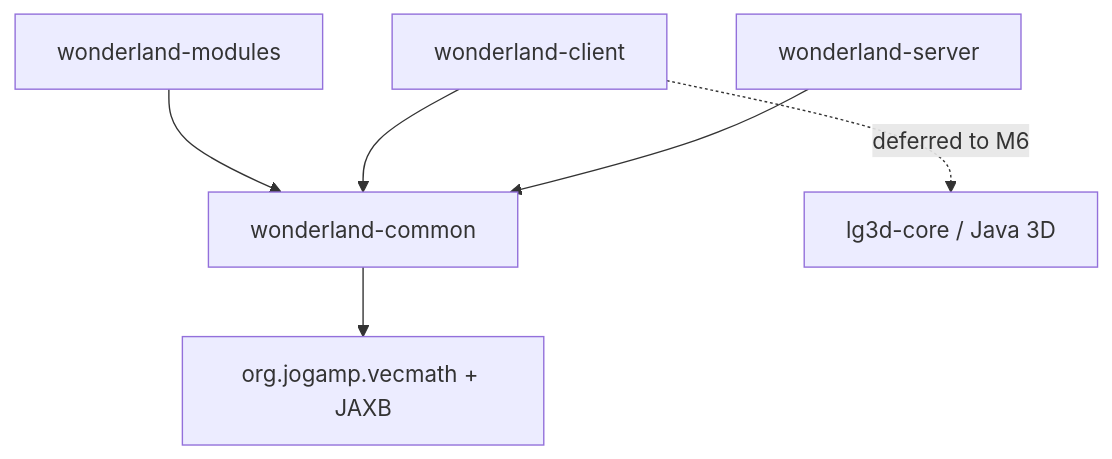
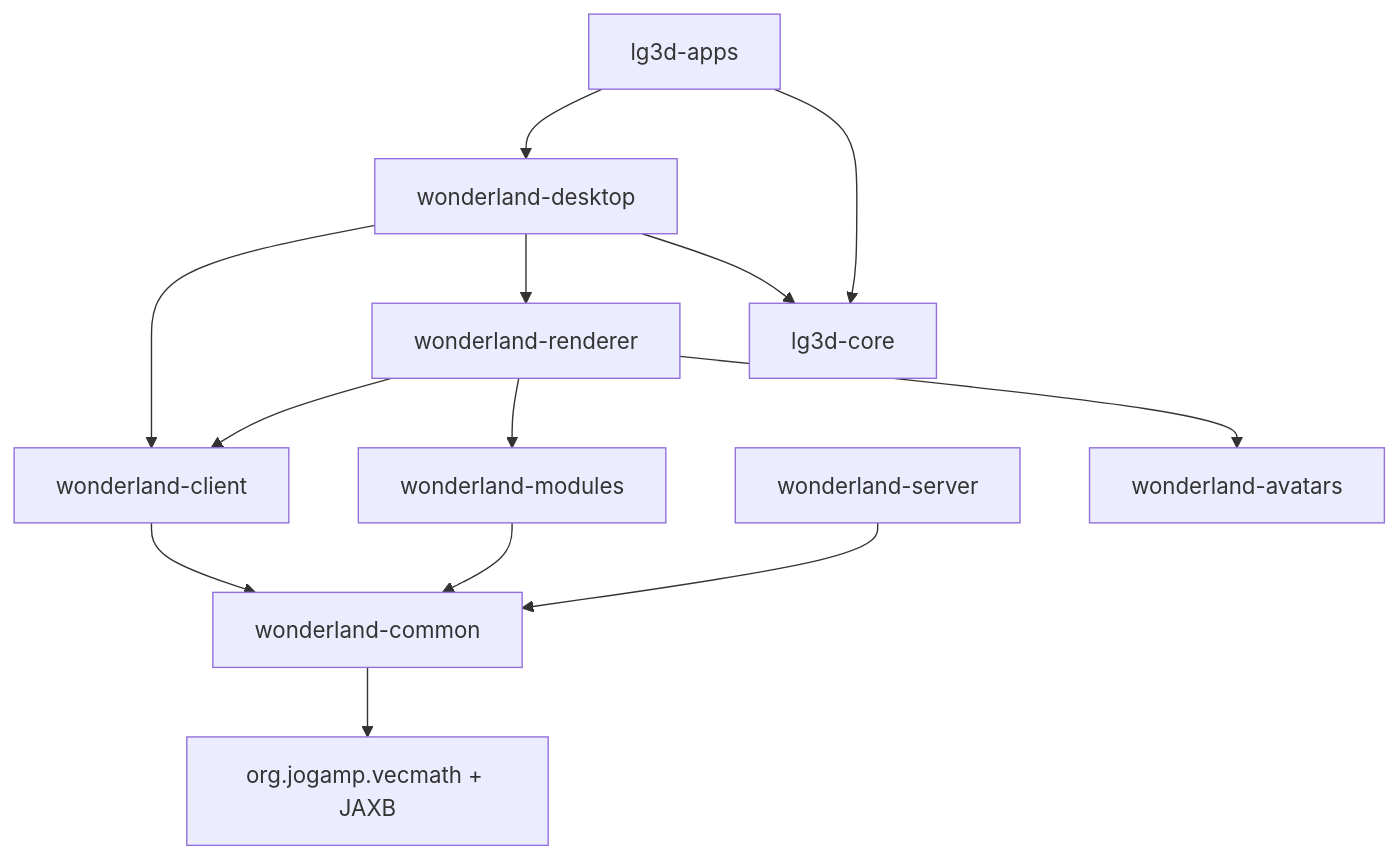
One commit to landrevillejf/ProjectLookingGlass changed the diagram in documentation/wonderland/docs/ARCHITECTURE.md. Above: the diagram before and after it, drawn with Mermaid. The commit also changed other lines of this file and 41 other files, not shown here.

````diff
--- a/documentation/wonderland/docs/ARCHITECTURE.md
+++ b/documentation/wonderland/docs/ARCHITECTURE.md
@@ -30,8 +33,15 @@
 ```mermaid
 graph TD
     modules[wonderland-modules] --> common[wonderland-common]
     client[wonderland-client] --> common
     server[wonderland-server] --> common
+    renderer[wonderland-renderer] --> client
+    renderer --> modules
+    renderer --> avatars[wonderland-avatars]
+    desktop[wonderland-desktop] --> client
+    desktop --> renderer
+    desktop --> core[lg3d-core]
+    apps[lg3d-apps] --> desktop
+    apps --> core
     common --> vecmath[org.jogamp.vecmath + JAXB]
-    client -. deferred to M6 .-> core[lg3d-core / Java 3D]
 ```
````
